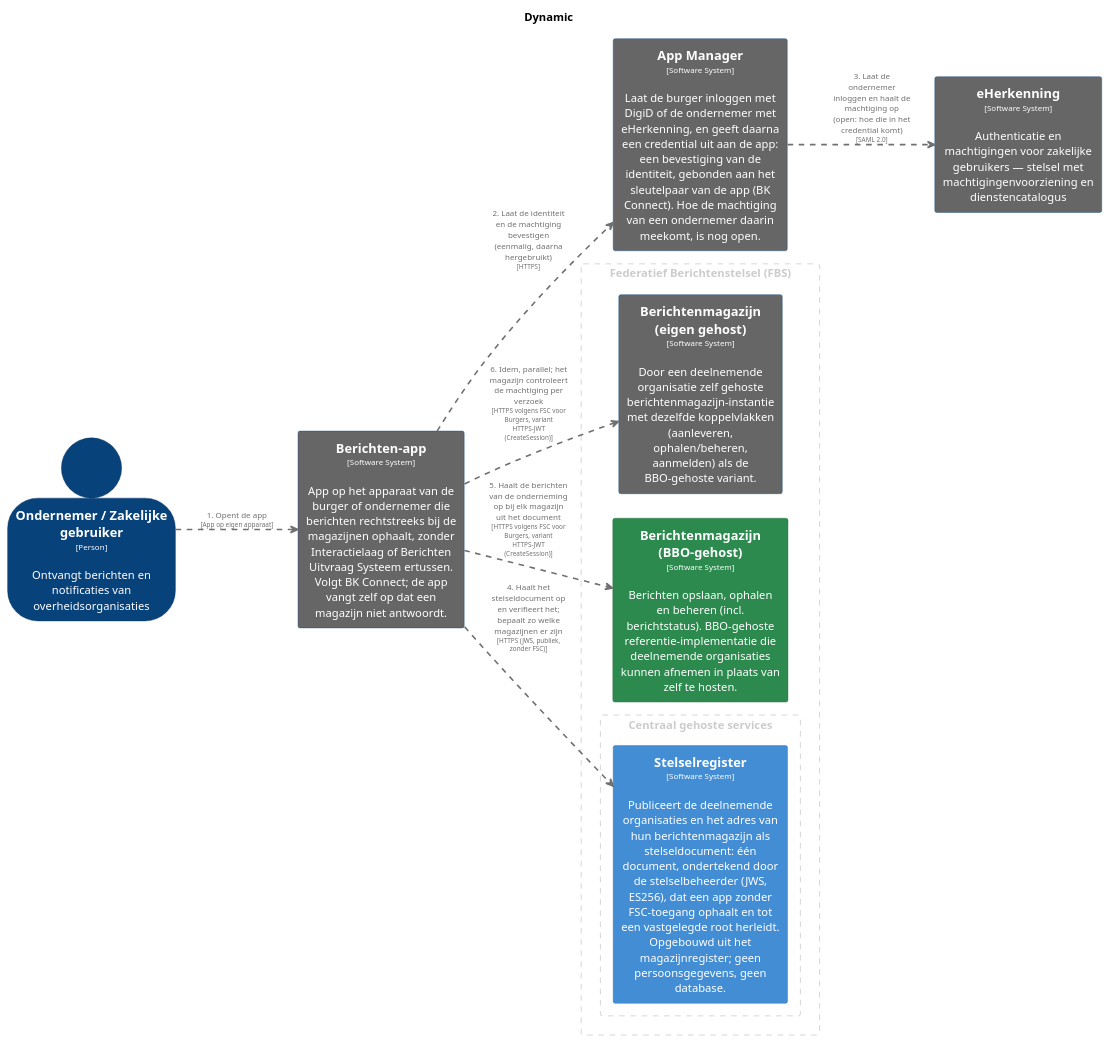
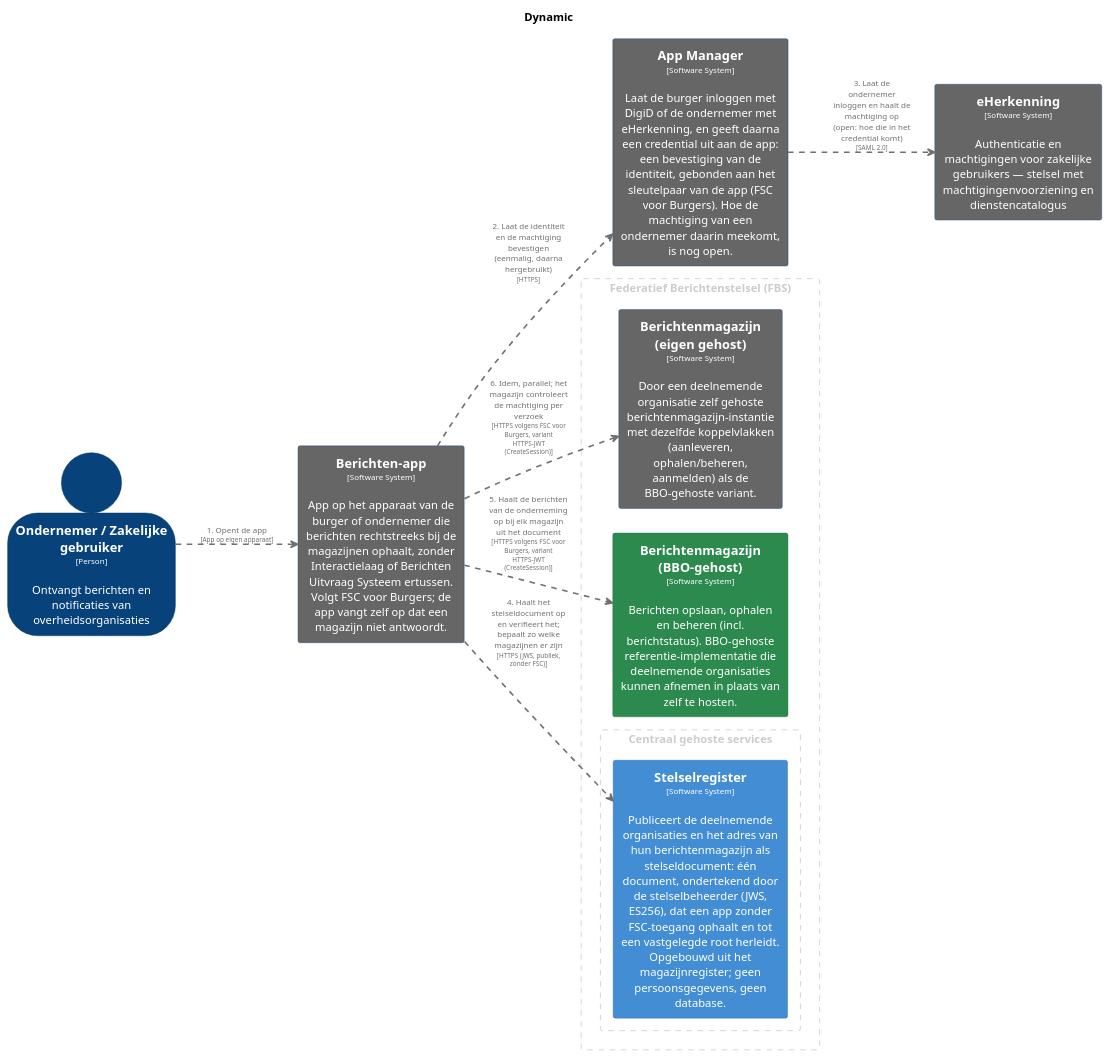
One commit to MinBZK/moza-poc-fbs-berichtenbox changed the diagram in pr-preview/pr-410/master/puml/RechtstreeksOphalenOndernemer.puml. Above: the diagram before and after it, drawn with PlantUML. The commit also changed 45 other files, not shown here.

```diff
--- a/pr-preview/pr-410/master/puml/RechtstreeksOphalenOndernemer.puml
+++ b/pr-preview/pr-410/master/puml/RechtstreeksOphalenOndernemer.puml
@@ -1,88 +1,88 @@
 @startuml
 set separator none
 title Dynamic
 
 left to right direction
 skinparam ranksep 60
 skinparam nodesep 30
 
 skinparam {
   arrowFontSize 10
   defaultTextAlignment center
   wrapWidth 200
   maxMessageSize 100
 }
 
 hide stereotype
 
 skinparam rectangle<<AppManager>> {
   BackgroundColor #666666
   FontColor #ffffff
   BorderColor #0b4884
   shadowing false
 }
 skinparam rectangle<<Berichtenapp>> {
   BackgroundColor #666666
   FontColor #ffffff
   BorderColor #0b4884
   shadowing false
 }
 skinparam rectangle<<BerichtenmagazijnBBOgehost>> {
   BackgroundColor #2d8a4e
   FontColor #ffffff
   BorderColor #1e6b38
   shadowing false
 }
 skinparam rectangle<<Berichtenmagazijneigengehost>> {
   BackgroundColor #666666
   FontColor #ffffff
   BorderColor #0b4884
   shadowing false
 }
 skinparam person<<OndernemerZakelijkegebruiker>> {
   BackgroundColor #08427b
   FontColor #ffffff
   BorderColor #052e56
   shadowing false
 }
 skinparam rectangle<<Stelselregister>> {
   BackgroundColor #438dd5
   FontColor #ffffff
   BorderColor #2e6295
   shadowing false
 }
 skinparam rectangle<<eHerkenning>> {
   BackgroundColor #666666
   FontColor #ffffff
   BorderColor #0b4884
   shadowing false
 }
 
 rectangle "Federatief Berichtenstelsel (FBS)" <<group1>> as group1 {
   skinparam RectangleBorderColor<<group1>> #cccccc
   skinparam RectangleFontColor<<group1>> #cccccc
   skinparam RectangleBorderStyle<<group1>> dashed
 
   rectangle "==Berichtenmagazijn (eigen gehost)\n<size:10>[Software System]</size>\n\nDoor een deelnemende organisatie zelf gehoste berichtenmagazijn-instantie met dezelfde koppelvlakken (aanleveren, ophalen/beheren, aanmelden) als de BBO-gehoste variant." <<Berichtenmagazijneigengehost>> as Berichtenmagazijneigengehost
   rectangle "==Berichtenmagazijn (BBO-gehost)\n<size:10>[Software System]</size>\n\nBerichten opslaan, ophalen en beheren (incl. berichtstatus). BBO-gehoste referentie-implementatie die deelnemende organisaties kunnen afnemen in plaats van zelf te hosten." <<BerichtenmagazijnBBOgehost>> as BerichtenmagazijnBBOgehost
     rectangle "Centraal gehoste services" <<group2>> as group2 {
       skinparam RectangleBorderColor<<group2>> #cccccc
       skinparam RectangleFontColor<<group2>> #cccccc
       skinparam RectangleBorderStyle<<group2>> dashed
 
       rectangle "==Stelselregister\n<size:10>[Software System]</size>\n\nPubliceert de deelnemende organisaties en het adres van hun berichtenmagazijn als stelseldocument: één document, ondertekend door de stelselbeheerder (JWS, ES256), dat een app zonder FSC-toegang ophaalt en tot een vastgelegde root herleidt. Opgebouwd uit het magazijnregister; geen persoonsgegevens, geen database." <<Stelselregister>> as Stelselregister
     }
 
 }
 
-rectangle "==App Manager\n<size:10>[Software System]</size>\n\nLaat de burger inloggen met DigiD of de ondernemer met eHerkenning, en geeft daarna een credential uit aan de app: een bevestiging van de identiteit, gebonden aan het sleutelpaar van de app (BK Connect). Hoe de machtiging van een ondernemer daarin meekomt, is nog open." <<AppManager>> as AppManager
+rectangle "==Berichten-app\n<size:10>[Software System]</size>\n\nApp op het apparaat van de burger of ondernemer die berichten rechtstreeks bij de magazijnen ophaalt, zonder Interactielaag of Berichten Uitvraag Systeem ertussen. Volgt FSC voor Burgers; de app vangt zelf op dat een magazijn niet antwoordt." <<Berichtenapp>> as Berichtenapp
+rectangle "==App Manager\n<size:10>[Software System]</size>\n\nLaat de burger inloggen met DigiD of de ondernemer met eHerkenning, en geeft daarna een credential uit aan de app: een bevestiging van de identiteit, gebonden aan het sleutelpaar van de app (FSC voor Burgers). Hoe de machtiging van een ondernemer daarin meekomt, is nog open." <<AppManager>> as AppManager
 person "==Ondernemer / Zakelijke gebruiker\n<size:10>[Person]</size>\n\nOntvangt berichten en notificaties van overheidsorganisaties" <<OndernemerZakelijkegebruiker>> as OndernemerZakelijkegebruiker
 rectangle "==eHerkenning\n<size:10>[Software System]</size>\n\nAuthenticatie en machtigingen voor zakelijke gebruikers — stelsel met machtigingenvoorziening en dienstencatalogus" <<eHerkenning>> as eHerkenning
-rectangle "==Berichten-app\n<size:10>[Software System]</size>\n\nApp op het apparaat van de burger of ondernemer die berichten rechtstreeks bij de magazijnen ophaalt, zonder Interactielaag of Berichten Uitvraag Systeem ertussen. Volgt BK Connect; de app vangt zelf op dat een magazijn niet antwoordt." <<Berichtenapp>> as Berichtenapp
 OndernemerZakelijkegebruiker .[#707070,thickness=2].> Berichtenapp : "<color:#707070>1. Opent de app\n<color:#707070><size:8>[App op eigen apparaat]</size>"
 Berichtenapp .[#707070,thickness=2].> AppManager : "<color:#707070>2. Laat de identiteit en de machtiging bevestigen (eenmalig, daarna hergebruikt)\n<color:#707070><size:8>[HTTPS]</size>"
 AppManager .[#707070,thickness=2].> eHerkenning : "<color:#707070>3. Laat de ondernemer inloggen en haalt de machtiging op (open: hoe die in het credential komt)\n<color:#707070><size:8>[SAML 2.0]</size>"
 Berichtenapp .[#707070,thickness=2].> Stelselregister : "<color:#707070>4. Haalt het stelseldocument op en verifieert het; bepaalt zo welke magazijnen er zijn\n<color:#707070><size:8>[HTTPS (JWS, publiek, zonder FSC)]</size>"
 Berichtenapp .[#707070,thickness=2].> BerichtenmagazijnBBOgehost : "<color:#707070>5. Haalt de berichten van de onderneming op bij elk magazijn uit het document\n<color:#707070><size:8>[HTTPS volgens FSC voor Burgers, variant HTTPS-JWT (CreateSession)]</size>"
 Berichtenapp .[#707070,thickness=2].> Berichtenmagazijneigengehost : "<color:#707070>6. Idem, parallel; het magazijn controleert de machtiging per verzoek\n<color:#707070><size:8>[HTTPS volgens FSC voor Burgers, variant HTTPS-JWT (CreateSession)]</size>"
 @enduml
```
